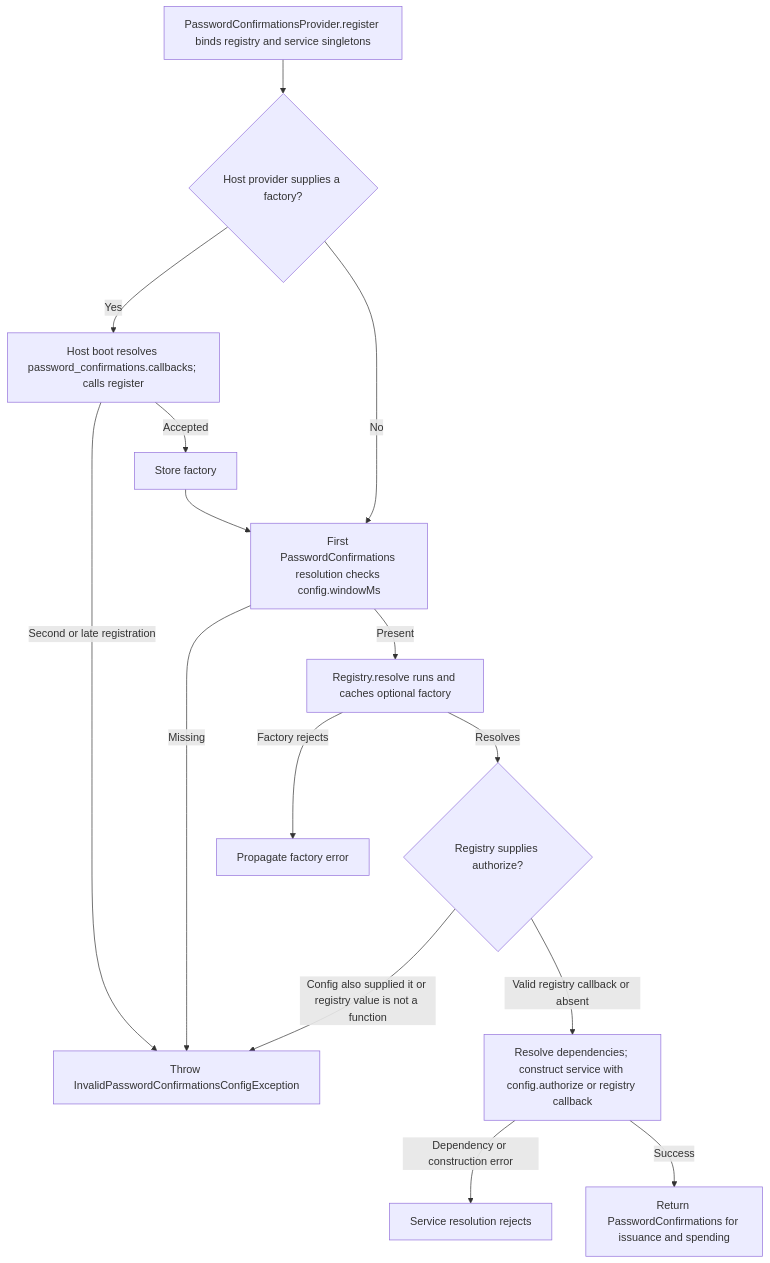
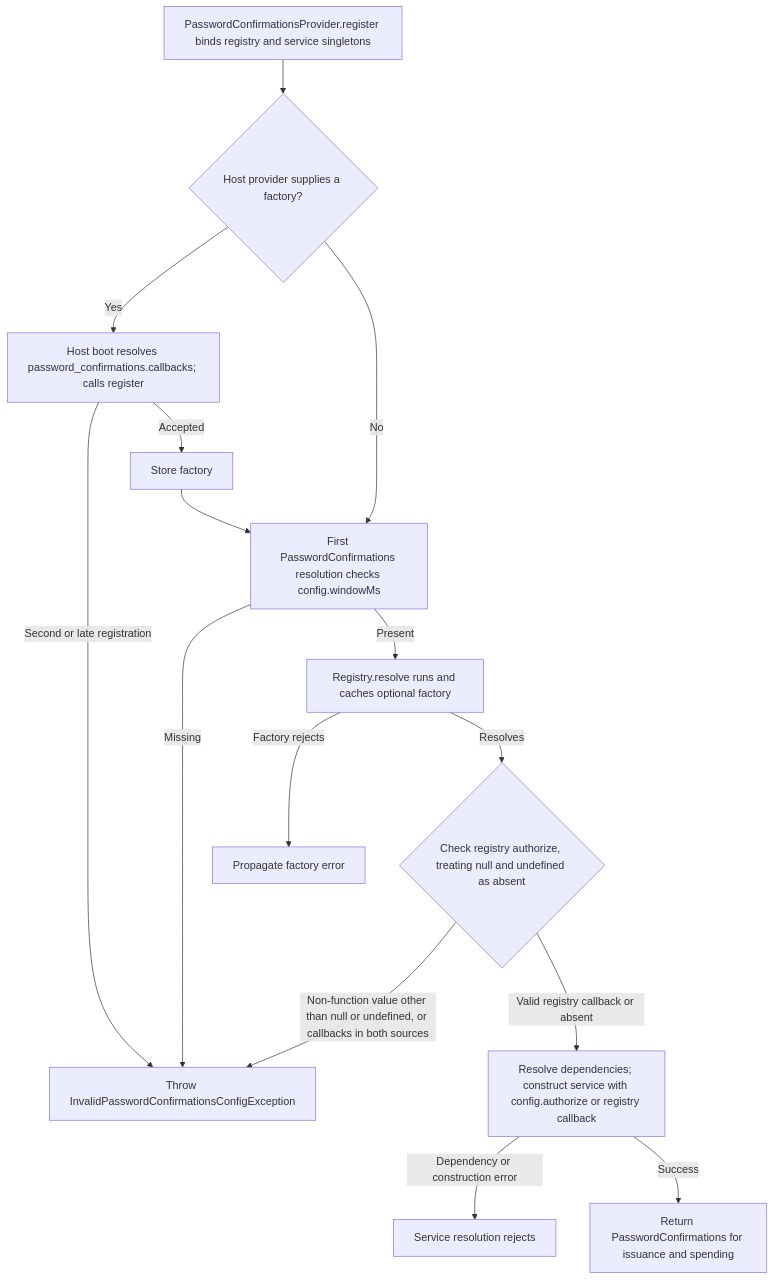
The second of 2 diagrams in user-stories/US-CONFIRM-09-register-authorization.md (Kevinjohn/oss-adonisjs-confirm-action-with-password), drawn with Mermaid before and after one commit. The commit also changed other lines of this file, not shown here.

Commit message:
Clarify absent registry authorization in story

````diff
--- a/user-stories/US-CONFIRM-09-register-authorization.md
+++ b/user-stories/US-CONFIRM-09-register-authorization.md
@@ -37,17 +37,17 @@
 ```mermaid
 flowchart TD
     A["PasswordConfirmationsProvider.register binds registry and service singletons"] --> B{"Host provider supplies a factory?"}
     B -->|Yes| C["Host boot resolves password_confirmations.callbacks; calls register"]
     C -->|Second or late registration| X["Throw InvalidPasswordConfirmationsConfigException"]
     C -->|Accepted| D["Store factory"]
     D --> E["First PasswordConfirmations resolution checks config.windowMs"]
     B -->|No| E
     E -->|Missing| X
     E -->|Present| F["Registry.resolve runs and caches optional factory"]
     F -->|Factory rejects| Y["Propagate factory error"]
-    F -->|Resolves| G{"Registry supplies authorize?"}
-    G -->|Config also supplied it or registry value is not a function| X
+    F -->|Resolves| G{"Check registry authorize, treating null and undefined as absent"}
+    G -->|Non-function value other than null or undefined, or callbacks in both sources| X
     G -->|Valid registry callback or absent| H["Resolve dependencies; construct service with config.authorize or registry callback"]
     H -->|Dependency or construction error| Z["Service resolution rejects"]
     H -->|Success| I["Return PasswordConfirmations for issuance and spending"]
 ```
````
